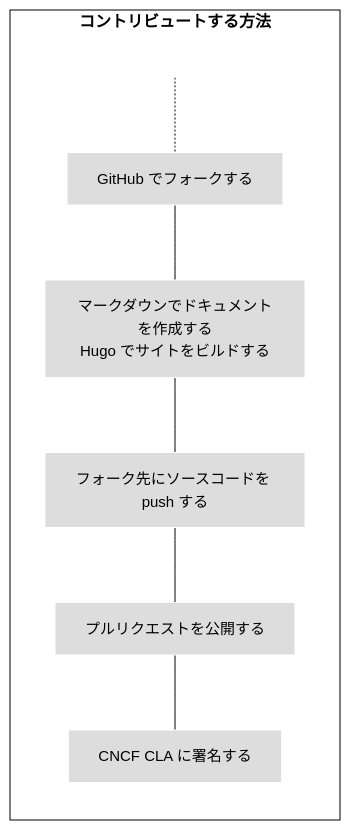
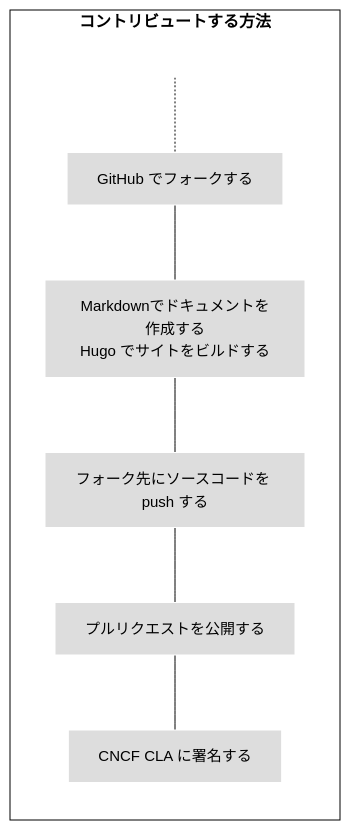
Before and after one commit to open-telemetry/opentelemetry.io: the first of 4 diagrams in content/ja/docs/contributing/pull-requests.md, drawn with Mermaid (forest theme). The commit also changed other lines of this file, not shown here.

Commit message:
fix: translate `Markdown` into `マークダウン`
Because it is a function of GitHub UI, translaters consider that these words should be English.

````diff
--- a/content/ja/docs/contributing/pull-requests.md
+++ b/content/ja/docs/contributing/pull-requests.md
@@ -23,18 +23,18 @@
 ```mermaid
 flowchart LR
     subgraph first[コントリビュートする方法]
     direction TB
        T[ ] -.-
-       B[GitHub でフォークする] --- C[マークダウンでドキュメントを作成する<br>Hugo でサイトをビルドする]
+       B[GitHub でフォークする] --- C[Markdownでドキュメントを作成する<br>Hugo でサイトをビルドする]
        C --- D[フォーク先にソースコードを push する]
        D --- E[プルリクエストを公開する]
        E --- F[CNCF CLA に署名する]
     end
 
 classDef grey fill:#dddddd,stroke:#ffffff,stroke-width:px,color:#000000, font-size:15px;
 classDef white fill:#ffffff,stroke:#000,stroke-width:px,color:#000,font-weight:bold
 classDef spacewhite fill:#ffffff,stroke:#fff,stroke-width:0px,color:#000
 class A,B,C,D,E,F,G,H grey
 class S,T spacewhite
 class first,second white
 ```
````
